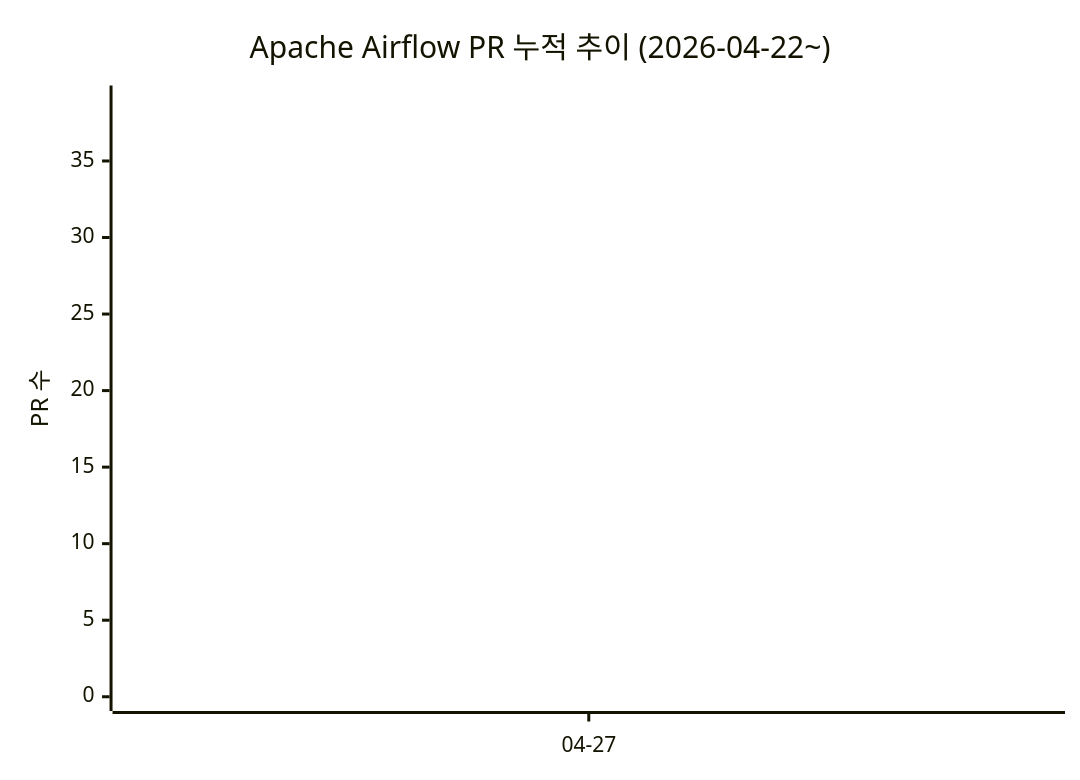
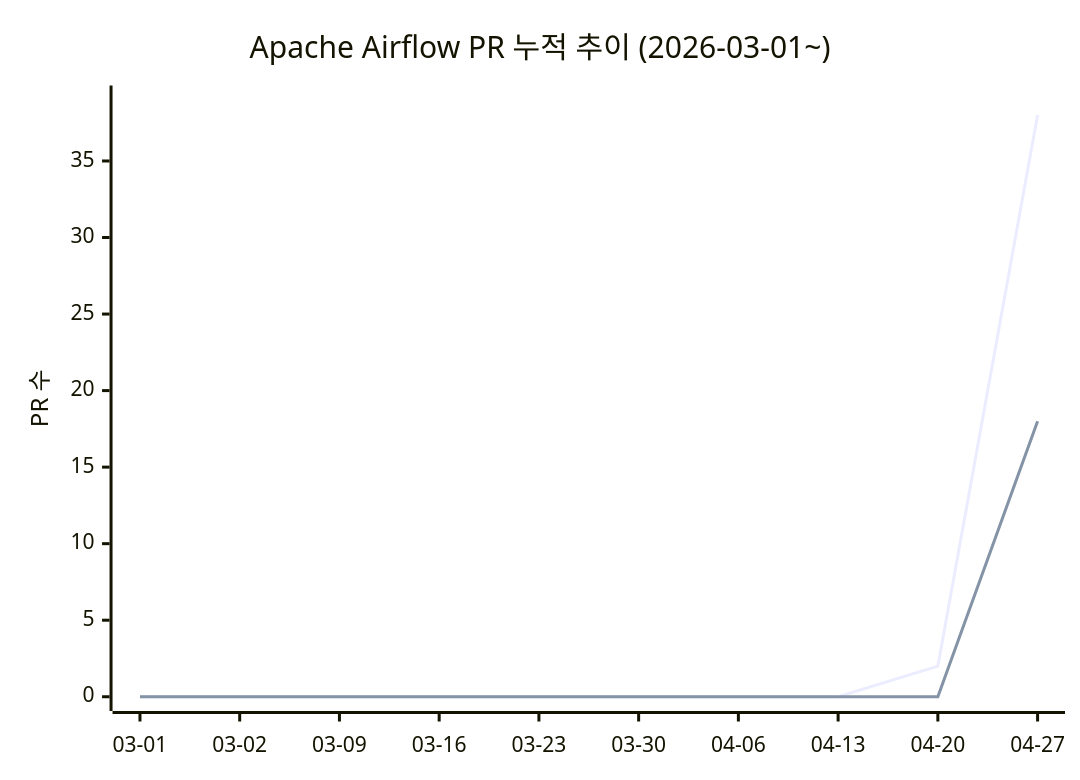
The diagram in README.md (AirflowKorea/ossca), drawn with Mermaid before and after one commit. The commit also changed other lines of this file, not shown here.

Commit message:
chore: update PR stats (2026-05-01 17:35 UTC)

````diff
--- a/README.md
+++ b/README.md
@@ -11,8 +11,8 @@
 ```mermaid
 xychart-beta
-    title "Apache Airflow PR 누적 추이 (2026-04-22~)"
-    x-axis ["04-27"]
+    title "Apache Airflow PR 누적 추이 (2026-03-01~)"
+    x-axis ["03-01", "03-02", "03-09", "03-16", "03-23", "03-30", "04-06", "04-13", "04-20", "04-27"]
     y-axis "PR 수" 0 --> 39
-    line [38]
-    line [18]
+    line [0, 0, 0, 0, 0, 0, 0, 0, 2, 38]
+    line [0, 0, 0, 0, 0, 0, 0, 0, 0, 18]
 ```
````
